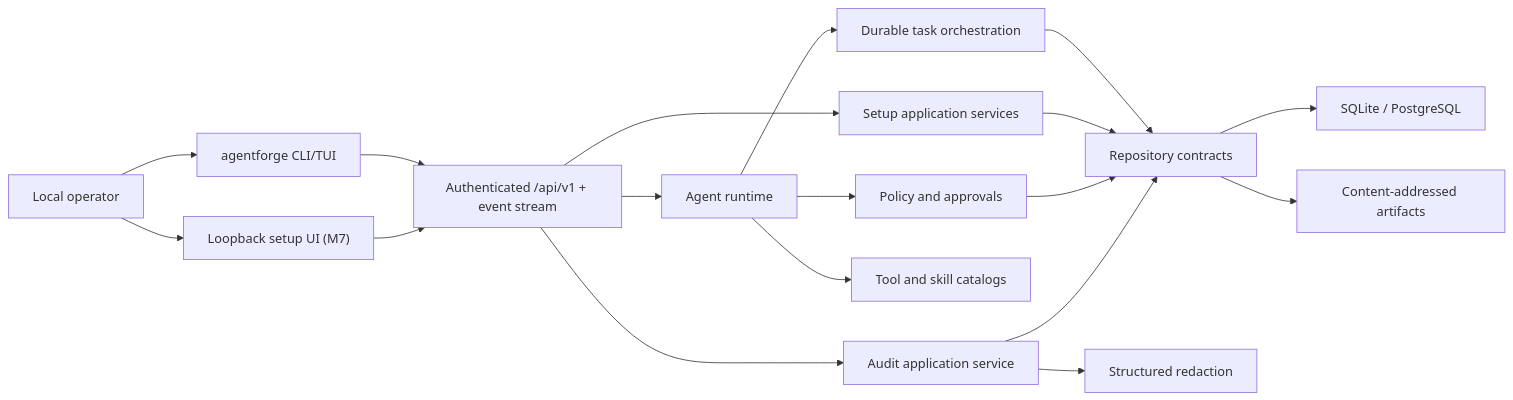
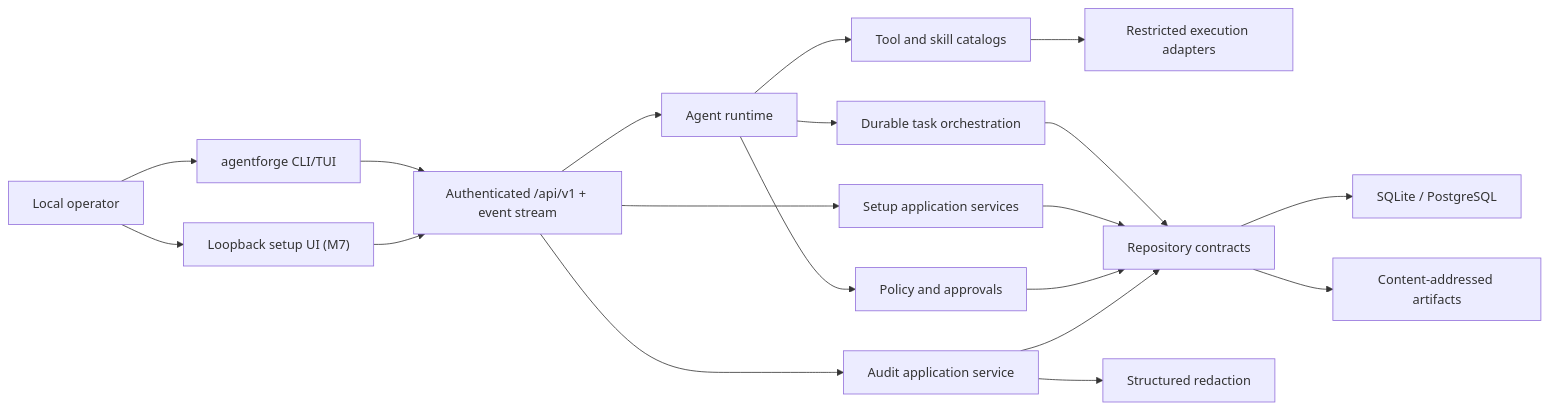
The first of 2 diagrams in docs/ARCHITECTURE.md (helmutsreinis/AgentForge), drawn with Mermaid before and after one commit. The commit also changed other lines of this file and 36 other files, not shown here.

Commit message:
feat: add restricted process sandbox

````diff
--- a/docs/ARCHITECTURE.md
+++ b/docs/ARCHITECTURE.md
@@ -10,20 +10,21 @@
 ```mermaid
 flowchart LR
   Operator["Local operator"] --> CLI["agentforge CLI/TUI"]
   Operator --> Web["Loopback setup UI (M7)"]
   CLI --> API["Authenticated /api/v1 + event stream"]
   Web --> API
   API --> Setup["Setup application services"]
   API --> Runtime["Agent runtime"]
   Runtime --> Policy["Policy and approvals"]
   Runtime --> Orchestration["Durable task orchestration"]
   Runtime --> Catalogs["Tool and skill catalogs"]
+  Catalogs --> Sandbox["Restricted execution adapters"]
   Orchestration --> Persistence["Repository contracts"]
   Setup --> Persistence
   Policy --> Persistence
   API --> Audit["Audit application service"]
   Audit --> Redaction["Structured redaction"]
   Audit --> Persistence
   Persistence --> SQLite["SQLite / PostgreSQL"]
   Persistence --> Artifacts["Content-addressed artifacts"]
 ```
````
